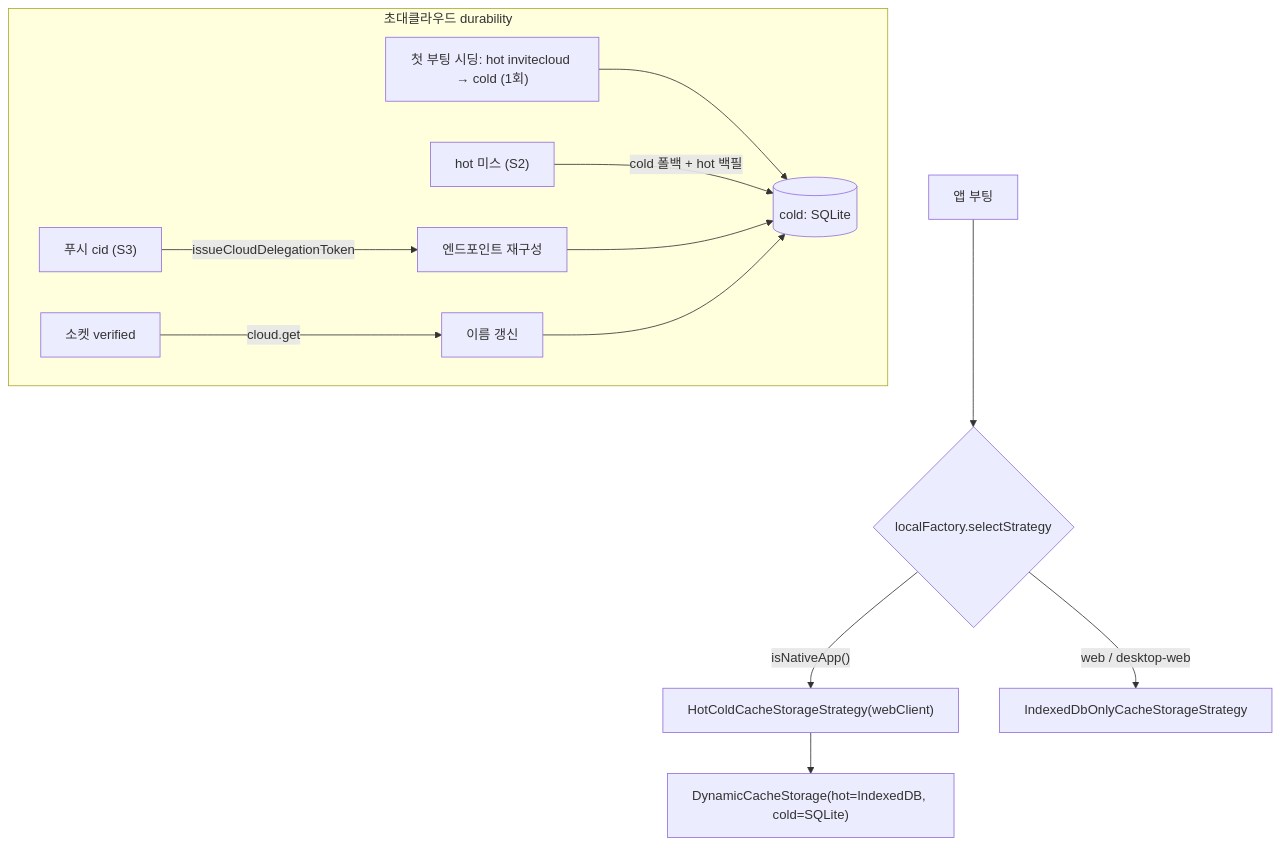
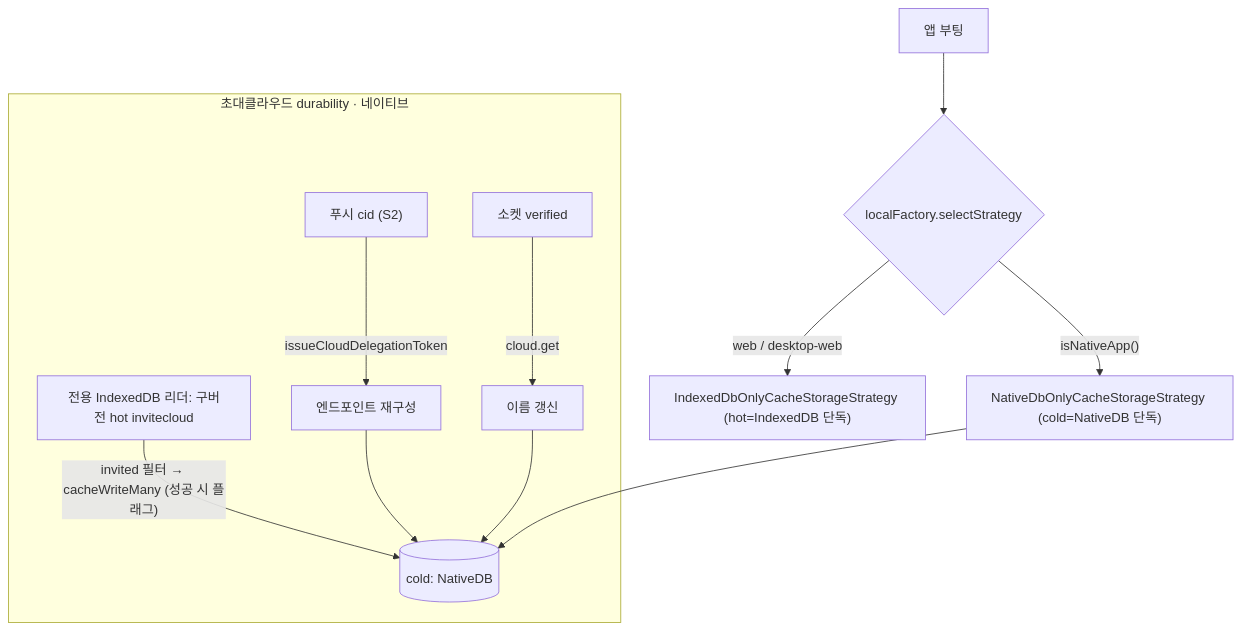
Before and after one commit to lemoncloud-io/dou-app: the diagram in libs/app-runtime/docs/data/cold-db-activation-and-invite-recovery.md, drawn with Mermaid. The commit also changed other lines of this file and 3 other files, not shown here.

First line of the commit message:
fix(app-runtime): migrate invited clouds from hot to cold on boot

````diff
--- a/libs/app-runtime/docs/data/cold-db-activation-and-invite-recovery.md
+++ b/libs/app-runtime/docs/data/cold-db-activation-and-invite-recovery.md
@@ -67,14 +77,13 @@
 ```mermaid
 flowchart TD
     Boot[앱 부팅] --> F{localFactory.selectStrategy}
-    F -->|"isNativeApp()"| HC["HotColdCacheStorageStrategy(webClient)"]
-    F -->|"web / desktop-web"| IO[IndexedDbOnlyCacheStorageStrategy]
-    HC --> DCS["DynamicCacheStorage(hot=IndexedDB, cold=SQLite)"]
+    F -->|"isNativeApp()"| ND["NativeDbOnlyCacheStorageStrategy (cold=NativeDB 단독)"]
+    F -->|"web / desktop-web"| IO["IndexedDbOnlyCacheStorageStrategy (hot=IndexedDB 단독)"]
 
-    subgraph Invited [초대클라우드 durability]
-      Seed["첫 부팅 시딩: hot invitecloud → cold (1회)"] --> Cold[(cold: SQLite)]
-      HotMiss["hot 미스 (S2)"] -->|"cold 폴백 + hot 백필"| Cold
-      Push["푸시 cid (S3)"] -->|"issueCloudDelegationToken"| Rebuild["엔드포인트 재구성"] --> Cold
+    subgraph Invited [초대클라우드 durability · 네이티브]
+      HotRead["전용 IndexedDB 리더: 구버전 hot invitecloud"] -->|"invited 필터 → cacheWriteMany (성공 시 플래그)"| Cold[(cold: NativeDB)]
+      Push["푸시 cid (S2)"] -->|"issueCloudDelegationToken"| Rebuild["엔드포인트 재구성"] --> Cold
       Verified["소켓 verified"] -->|"cloud.get"| Name["이름 갱신"] --> Cold
     end
+    ND --> Cold
 ```
````
